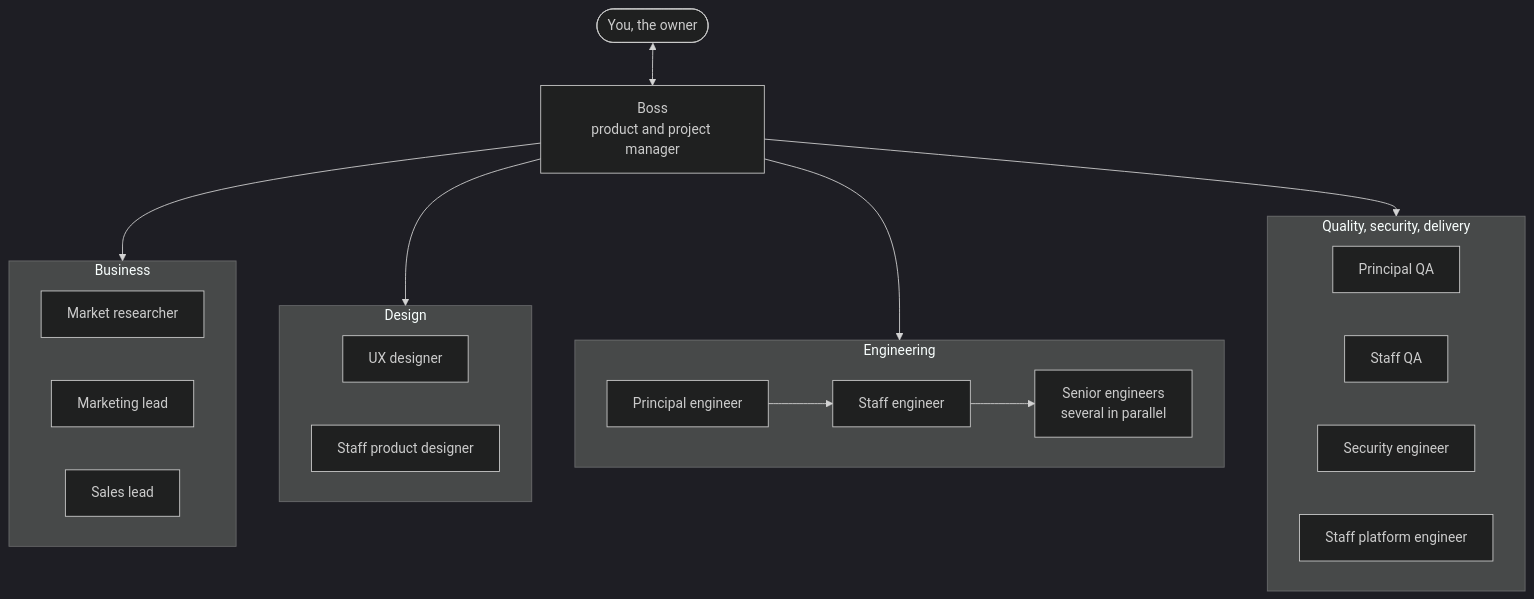
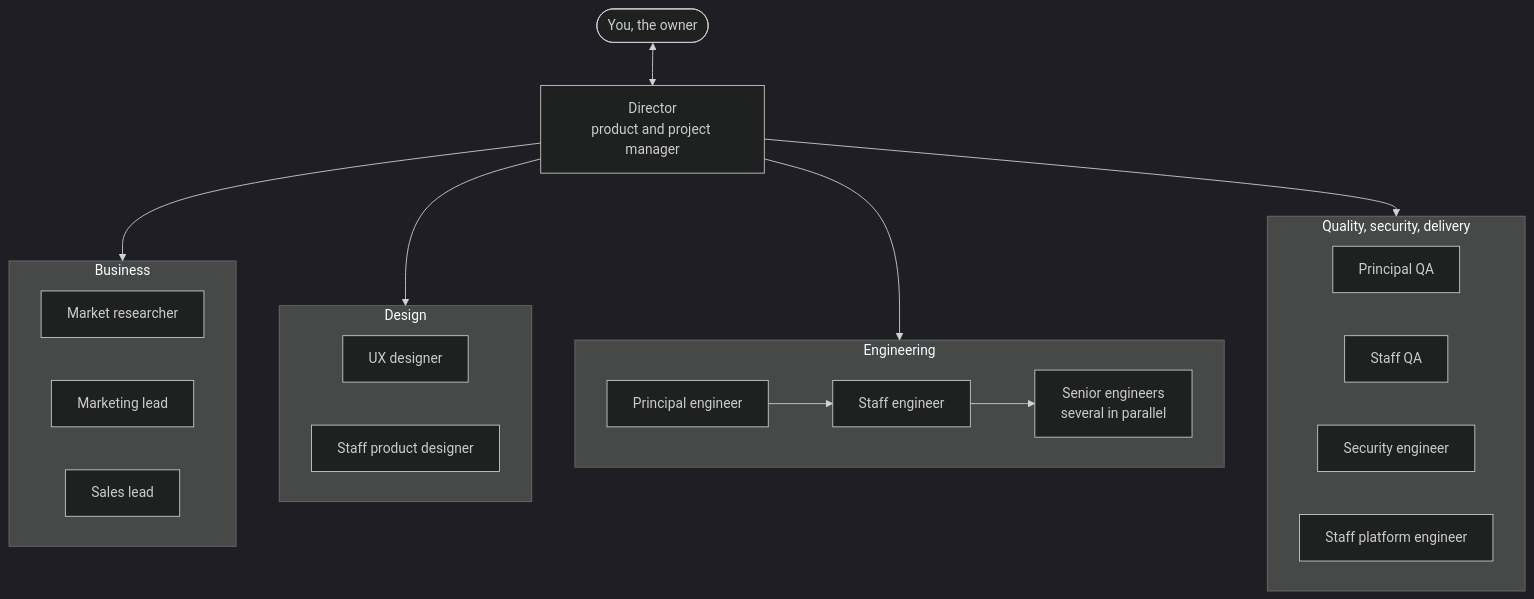
The first of 3 diagrams in README.md (Tanmoy037/agent-harness), drawn with Mermaid (dark theme) before and after one commit. The commit also changed other lines of this file and 46 other files, not shown here.

First line of the commit message:
Rename the boss role to director

````diff
--- a/README.md
+++ b/README.md
@@ -57,36 +57,36 @@
 ```mermaid
 flowchart TD
     Owner(["You, the owner"])
-    Boss["Boss<br/>product and project manager"]
-    Owner <--> Boss
+    Director["Director<br/>product and project manager"]
+    Owner <--> Director
 
     subgraph Business["Business"]
         MR["Market researcher"]
         MK["Marketing lead"]
         SA["Sales lead"]
     end
 
     subgraph Design["Design"]
         UX["UX designer"]
         SD["Staff product designer"]
     end
 
     subgraph Engineering["Engineering"]
         PE["Principal engineer"]
         SE["Staff engineer"]
         SR["Senior engineers<br/>several in parallel"]
         PE --> SE --> SR
     end
 
     subgraph Assurance["Quality, security, delivery"]
         PQ["Principal QA"]
         SQ["Staff QA"]
         SEC["Security engineer"]
         PL["Staff platform engineer"]
     end
 
-    Boss --> Business
-    Boss --> Design
-    Boss --> Engineering
-    Boss --> Assurance
+    Director --> Business
+    Director --> Design
+    Director --> Engineering
+    Director --> Assurance
 ```
````
